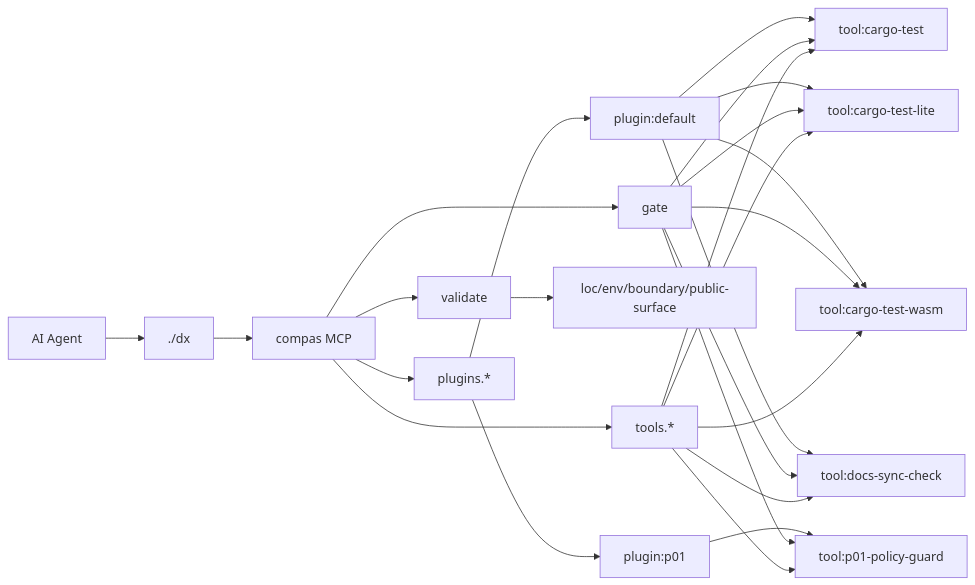
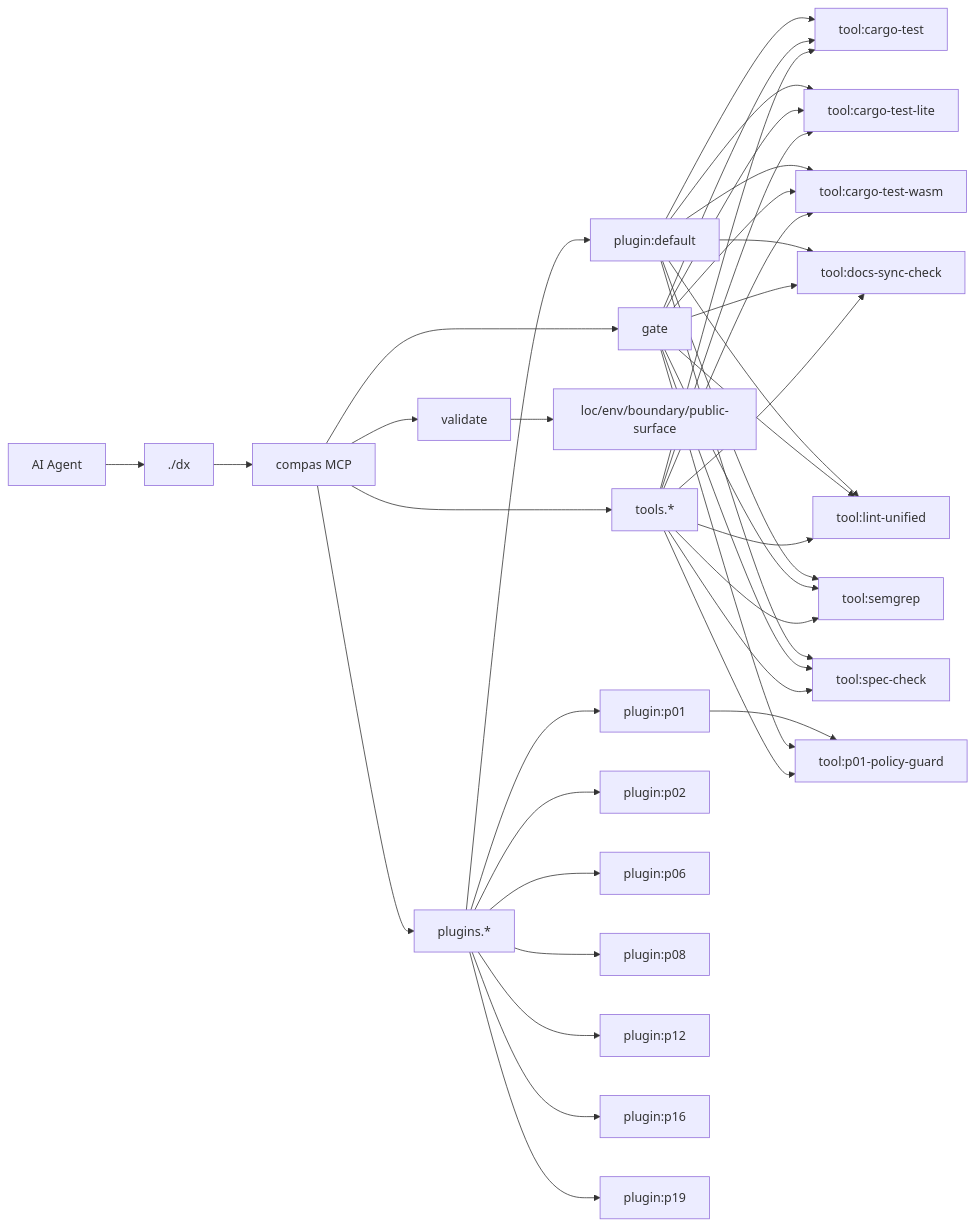
One commit to AmirTlinov/compas changed the diagram in AGENTS.md. Above: the diagram before and after it, drawn with Mermaid. The commit also changed other lines of this file and 7 other files, not shown here.

````diff
--- a/AGENTS.md
+++ b/AGENTS.md
@@ -52,27 +61,42 @@
 ```mermaid
 flowchart LR
   Agent[AI Agent] --> DX[./dx]
   DX --> MCP[compas MCP]
   MCP --> V[validate]
   MCP --> G[gate]
   MCP --> PL[plugins.*]
   MCP --> TL[tools.*]
   V --> C1[loc/env/boundary/public-surface]
   PL --> P_default["plugin:default"]
   P_default --> T_cargo_test["tool:cargo-test"]
   G --> T_cargo_test
   P_default --> T_cargo_test_lite["tool:cargo-test-lite"]
   G --> T_cargo_test_lite
   P_default --> T_cargo_test_wasm["tool:cargo-test-wasm"]
   G --> T_cargo_test_wasm
   P_default --> T_docs_sync_check["tool:docs-sync-check"]
   G --> T_docs_sync_check
+  P_default --> T_lint_unified["tool:lint-unified"]
+  G --> T_lint_unified
+  P_default --> T_semgrep["tool:semgrep"]
+  G --> T_semgrep
+  P_default --> T_spec_check["tool:spec-check"]
+  G --> T_spec_check
   PL --> P_p01["plugin:p01"]
   P_p01 --> T_p01_policy_guard["tool:p01-policy-guard"]
   G --> T_p01_policy_guard
+  PL --> P_p02["plugin:p02"]
+  PL --> P_p06["plugin:p06"]
+  PL --> P_p08["plugin:p08"]
+  PL --> P_p12["plugin:p12"]
+  PL --> P_p16["plugin:p16"]
+  PL --> P_p19["plugin:p19"]
   TL --> T_cargo_test
   TL --> T_cargo_test_lite
   TL --> T_cargo_test_wasm
   TL --> T_docs_sync_check
+  TL --> T_lint_unified
   TL --> T_p01_policy_guard
+  TL --> T_semgrep
+  TL --> T_spec_check
 ```
````
